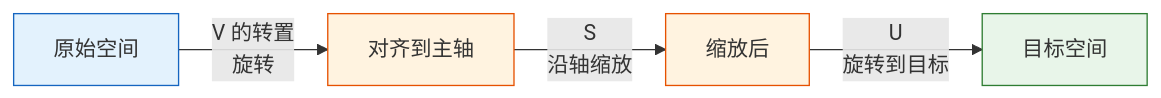
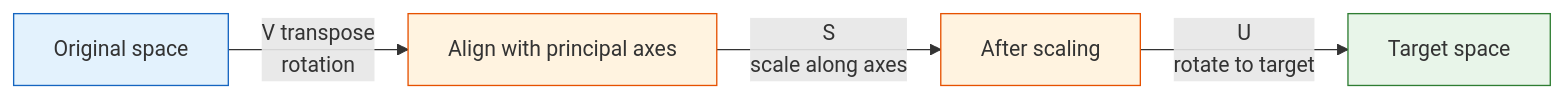
One commit to oudbiao/AI-fullstack-course changed the diagram in docs/ch04-ai-math/ch01-linear-algebra/04-vector-spaces.md. Above: the diagram before and after it, drawn with Mermaid. The commit also changed other lines of this file and 1406 other files, not shown here.

````diff
--- a/docs/ch04-ai-math/ch01-linear-algebra/04-vector-spaces.md
+++ b/docs/ch04-ai-math/ch01-linear-algebra/04-vector-spaces.md
@@ -344,11 +344,11 @@
 ```mermaid
 flowchart LR
-    A["原始空间"] -->|"V 的转置<br/>旋转"| B["对齐到主轴"]
-    B -->|"S<br/>沿轴缩放"| C["缩放后"]
-    C -->|"U<br/>旋转到目标"| D["目标空间"]
+    A["Original space"] -->|"V transpose<br/>rotation"| B["Align with principal axes"]
+    B -->|"S<br/>scale along axes"| C["After scaling"]
+    C -->|"U<br/>rotate to target"| D["Target space"]
 
     style A fill:#e3f2fd,stroke:#1565c0,color:#333
     style B fill:#fff3e0,stroke:#e65100,color:#333
     style C fill:#fff3e0,stroke:#e65100,color:#333
     style D fill:#e8f5e9,stroke:#2e7d32,color:#333
 ```
````
